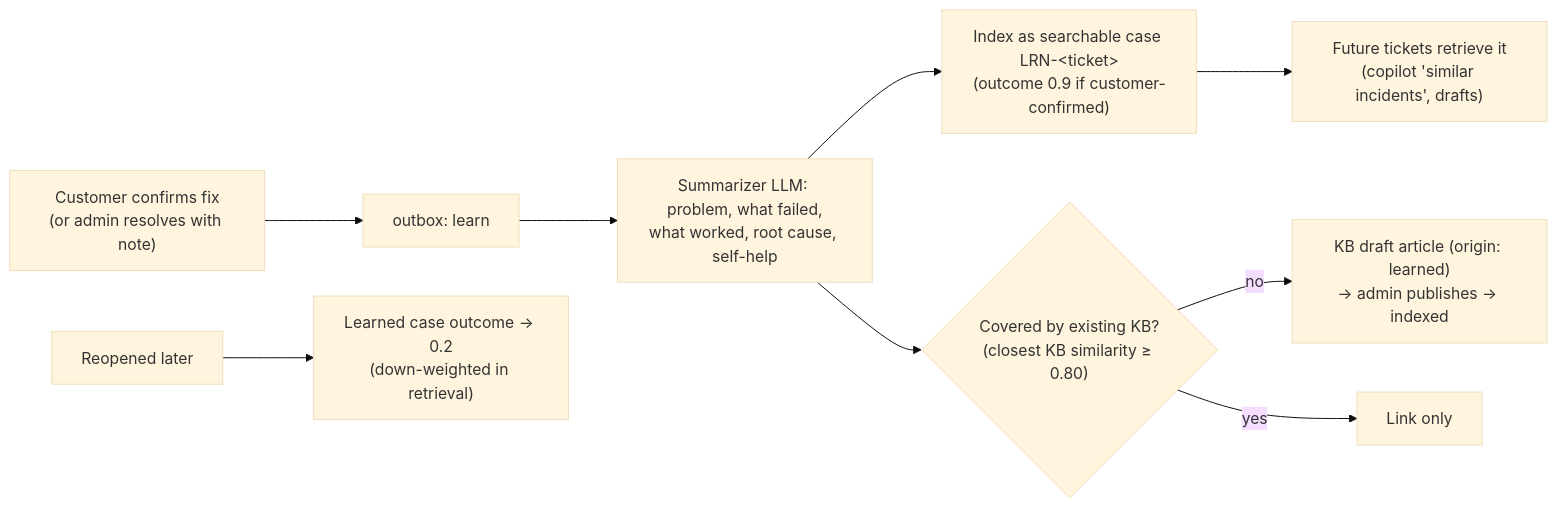
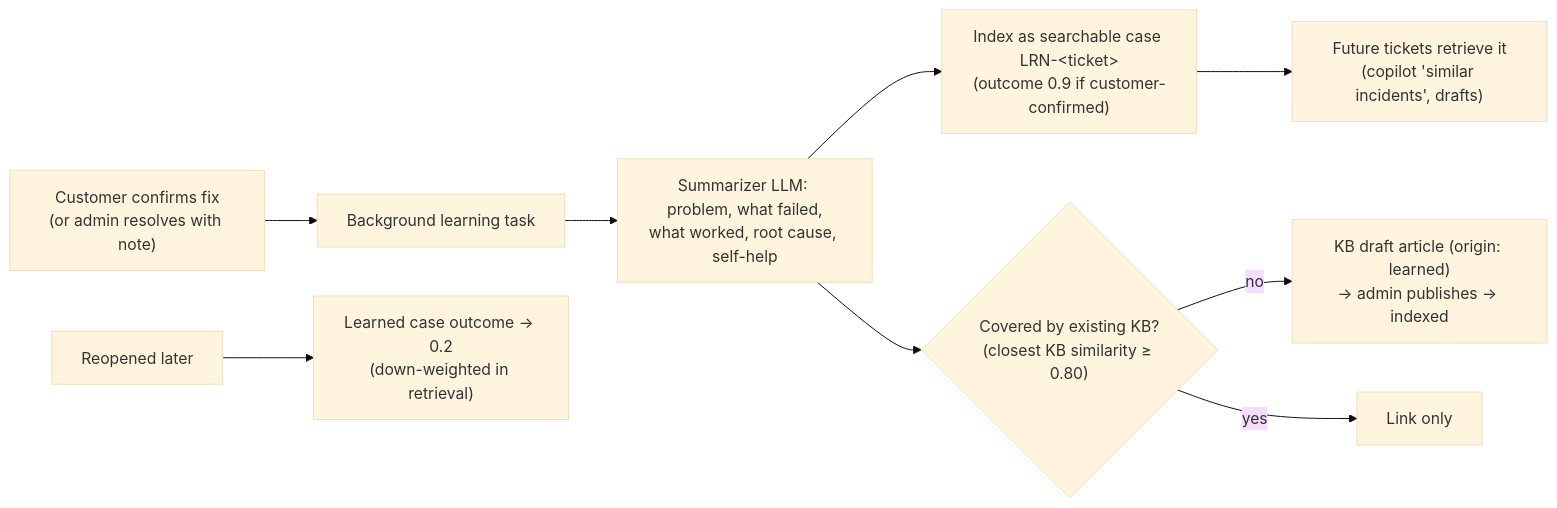
Before and after one commit to JJ1210-spec/telecom-support-resolution-assistant: the fourth of 4 diagrams in docs/architecture.md, drawn with Mermaid (base theme). The commit also changed other lines of this file and 31 other files, not shown here.

````diff
--- a/docs/architecture.md
+++ b/docs/architecture.md
@@ -223,11 +213,11 @@
 ```mermaid
 flowchart LR
-  R["Customer confirms fix<br/>(or admin resolves with note)"] --> O["outbox: learn"]
+  R["Customer confirms fix<br/>(or admin resolves with note)"] --> O["Background learning task"]
   O --> S["Summarizer LLM: problem, what failed,<br/>what worked, root cause, self-help"]
   S --> I["Index as searchable case LRN-&lt;ticket&gt;<br/>(outcome 0.9 if customer-confirmed)"]
   S --> N{"Covered by existing KB?<br/>(closest KB similarity ≥ 0.80)"}
   N -- no --> K["KB draft article (origin: learned)<br/>→ admin publishes → indexed"]
   N -- yes --> X["Link only"]
   I --> F["Future tickets retrieve it<br/>(copilot 'similar incidents', drafts)"]
   RO["Reopened later"] --> D["Learned case outcome → 0.2<br/>(down-weighted in retrieval)"]
 ```
````
